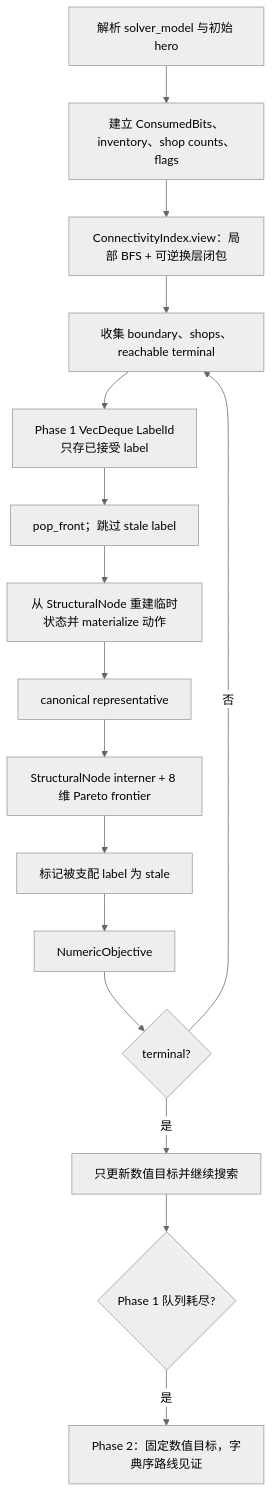
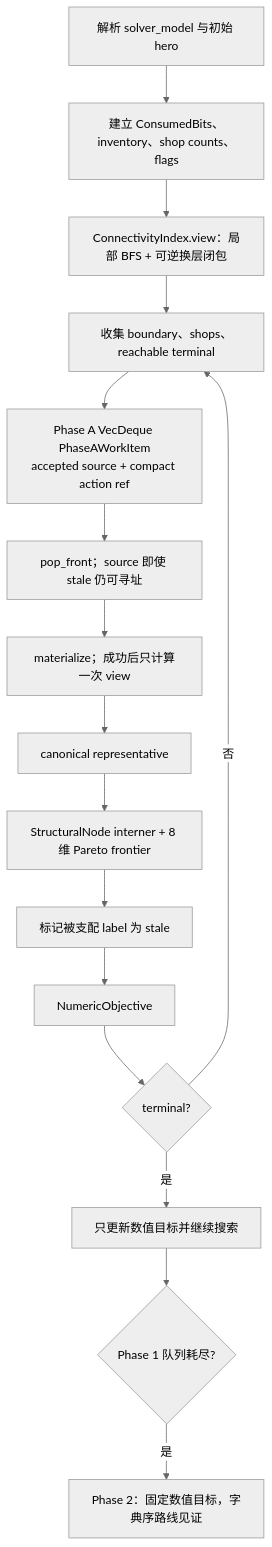
The second of 2 diagrams in games/mota-planning-lab/docs/current-solver-architecture.md (qingpu1996/userscripts), drawn with Mermaid (neutral theme) before and after one commit. The commit also changed other lines of this file and 4 other files, not shown here.

````diff
--- a/games/mota-planning-lab/docs/current-solver-architecture.md
+++ b/games/mota-planning-lab/docs/current-solver-architecture.md
@@ -48,18 +48,18 @@
 ```mermaid
 flowchart TD
   A[解析 solver_model 与初始 hero] --> B[建立 ConsumedBits、inventory、shop counts、flags]
   B --> C[ConnectivityIndex.view：局部 BFS + 可逆换层闭包]
   C --> D[收集 boundary、shops、reachable terminal]
-  D --> E[Phase 1 VecDeque LabelId\n只存已接受 label]
-  E --> F[pop_front；跳过 stale label]
-  F --> G[从 StructuralNode 重建临时状态并 materialize 动作]
+  D --> E[Phase A VecDeque PhaseAWorkItem\naccepted source + compact action ref]
+  E --> F[pop_front；source 即使 stale 仍可寻址]
+  F --> G[materialize；成功后只计算一次 view]
   G --> H[canonical representative]
   H --> I[StructuralNode interner + 8 维 Pareto frontier]
   I --> J[标记被支配 label 为 stale]
   J --> K[NumericObjective]
   K --> L{terminal?}
   L -- 否 --> D
   L -- 是 --> M[只更新数值目标并继续搜索]
   M --> N{Phase 1 队列耗尽?}
   N -- 是 --> O[Phase 2：固定数值目标，字典序路线见证]
 ```
````
